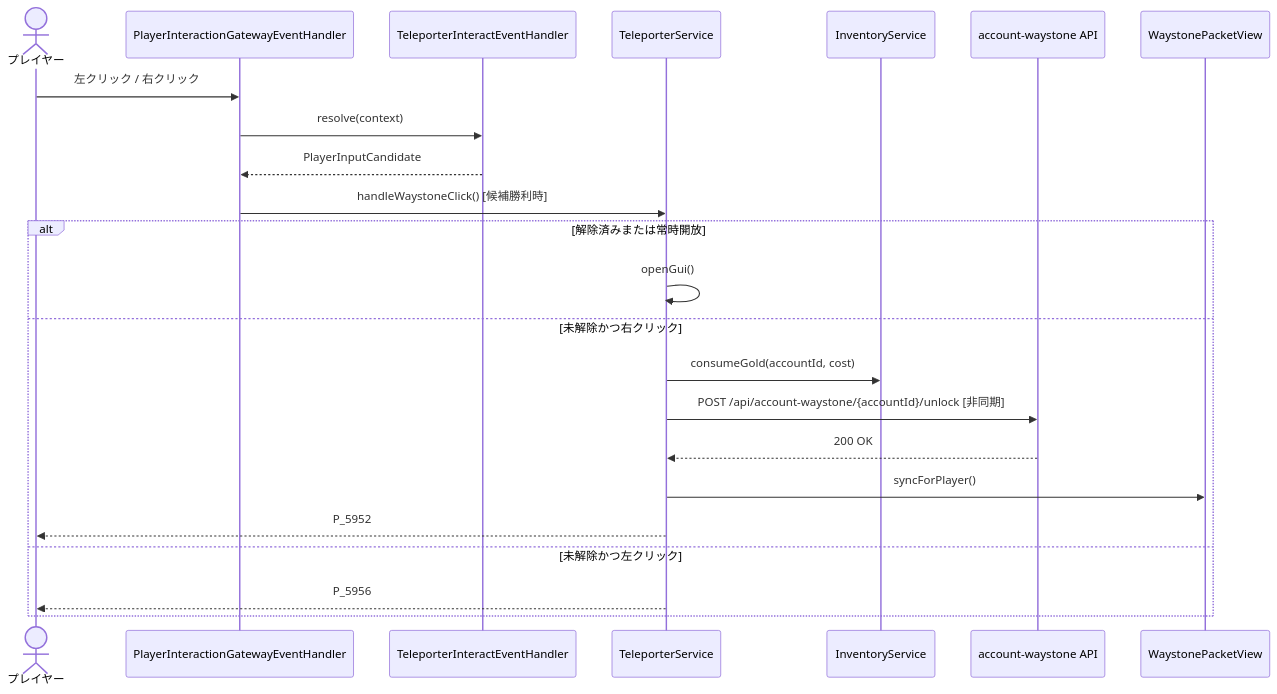
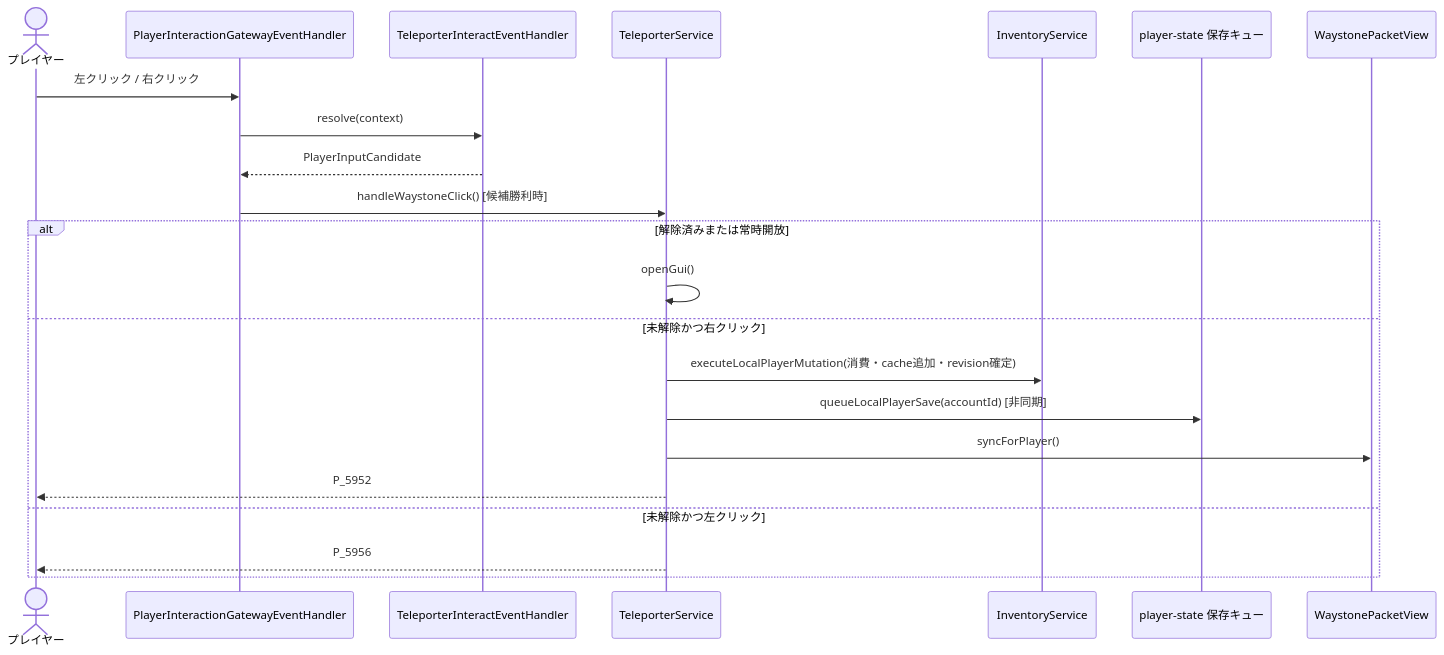
Before and after one commit to maaasu/AstralRecord-Workspace: the third of 5 diagrams in 00_docs/10_Plugin設計書/feature/25-teleporter/25_4-統合フロー.md, drawn with Mermaid. The commit also changed other lines of this file and 10 other files, not shown here.

````diff
--- a/00_docs/10_Plugin設計書/feature/25-teleporter/25_4-統合フロー.md
+++ b/00_docs/10_Plugin設計書/feature/25-teleporter/25_4-統合フロー.md
@@ -68,25 +68,24 @@
 ```mermaid
 sequenceDiagram
     actor Player as プレイヤー
     participant Gateway as PlayerInteractionGatewayEventHandler
     participant Resolver as TeleporterInteractEventHandler
     participant Service as TeleporterService
     participant Inventory as InventoryService
-    participant API as account-waystone API
+    participant Save as player-state 保存キュー
     participant View as WaystonePacketView
     Player->>Gateway: 左クリック / 右クリック
     Gateway->>Resolver: resolve(context)
     Resolver-->>Gateway: PlayerInputCandidate
     Gateway->>Service: handleWaystoneClick() [候補勝利時]
     alt 解除済みまたは常時開放
         Service->>Service: openGui()
     else 未解除かつ右クリック
-        Service->>Inventory: consumeGold(accountId, cost)
-        Service->>API: POST /api/account-waystone/{accountId}/unlock [非同期]
-        API-->>Service: 200 OK
+        Service->>Inventory: executeLocalPlayerMutation(消費・cache追加・revision確定)
+        Service->>Save: queueLocalPlayerSave(accountId) [非同期]
         Service->>View: syncForPlayer()
         Service-->>Player: P_5952
     else 未解除かつ左クリック
         Service-->>Player: P_5956
     end
 ```
````
